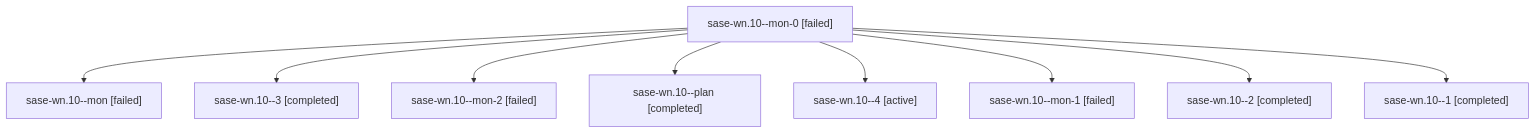
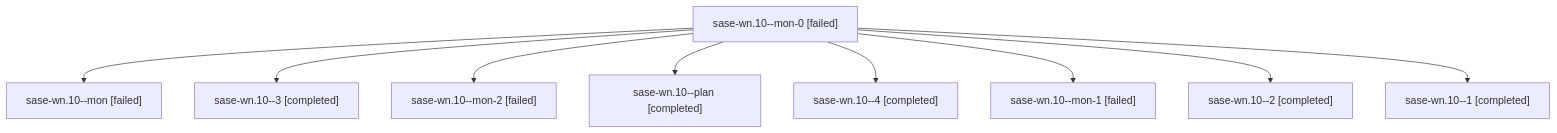
One commit to sase-org/sase--agents changed the diagram in families/bbugyi200.apollo.sase-wn.10.md. Above: the diagram before and after it, drawn with Mermaid. The commit also changed other lines of this file and 36 other files, not shown here.

````diff
--- a/families/bbugyi200.apollo.sase-wn.10.md
+++ b/families/bbugyi200.apollo.sase-wn.10.md
@@ -9,20 +9,20 @@
 ```mermaid
 flowchart TD
   n0["sase-wn.10--mon-0 [failed]"]
   n1["sase-wn.10--mon [failed]"]
   n0 --> n1
   n2["sase-wn.10--3 [completed]"]
   n0 --> n2
   n3["sase-wn.10--mon-2 [failed]"]
   n0 --> n3
   n4["sase-wn.10--plan [completed]"]
   n0 --> n4
-  n5["sase-wn.10--4 [active]"]
+  n5["sase-wn.10--4 [completed]"]
   n0 --> n5
   n6["sase-wn.10--mon-1 [failed]"]
   n0 --> n6
   n7["sase-wn.10--2 [completed]"]
   n0 --> n7
   n8["sase-wn.10--1 [completed]"]
   n0 --> n8
 ```
````
